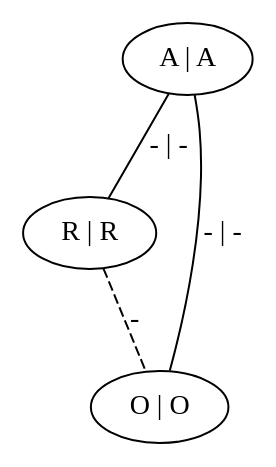
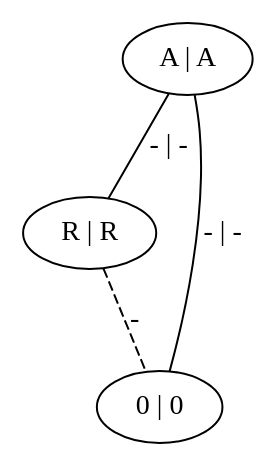
The diagram in catalan/out/020_r_3_combined.dot (lazh01/Kemoinformatik), drawn with Graphviz before and after one commit. The commit also changed 289 other files, not shown here.

```diff
--- a/catalan/out/020_r_3_combined.dot
+++ b/catalan/out/020_r_3_combined.dot
@@ -1,8 +1,8 @@
 graph G {
 	0 [ label="A | A" ]
 	1 [ label="R | R" ]
-	2 [ label="O | O" ]
+	2 [ label="0 | 0" ]
 	0 -- 1 [ label="- | -" ]
 	0 -- 2 [ label="- | -" ]
 	1 -- 2 [ style=dashed label="-" ]
 }
```
